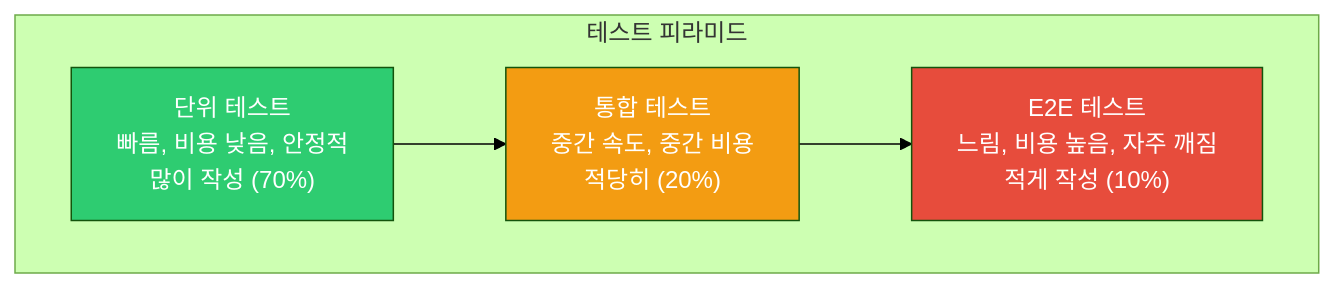
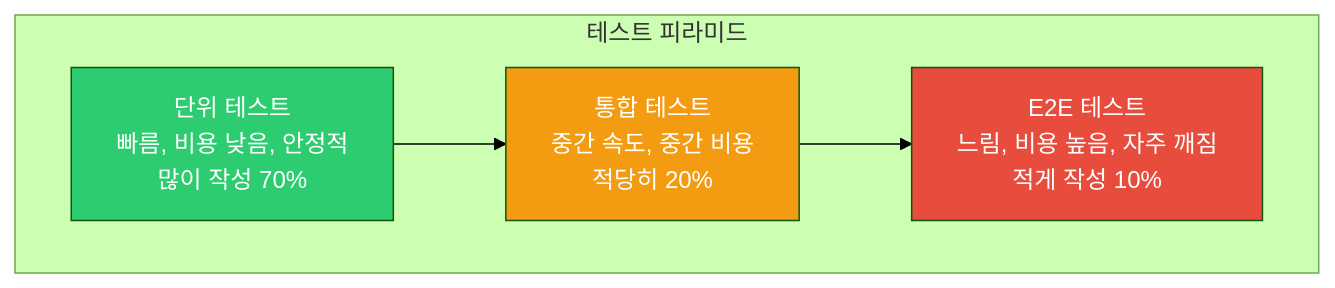
The first of 3 diagrams in _posts/frontend/2026-05-02-frontend-testing.md (yjkim2015/yjkim2015.github.io), drawn with Mermaid (forest theme) before and after one commit. The commit also changed other lines of this file and 122 other files, not shown here.

````diff
--- a/_posts/frontend/2026-05-02-frontend-testing.md
+++ b/_posts/frontend/2026-05-02-frontend-testing.md
@@ -24,21 +26,15 @@
 ```mermaid
 graph TD
     subgraph "테스트 피라미드"
-        E2E["E2E 테스트
-        느림, 비용 높음, 자주 깨짐
-        적게 작성 (10%)"]
-        INT["통합 테스트
-        중간 속도, 중간 비용
-        적당히 (20%)"]
-        UNIT["단위 테스트
-        빠름, 비용 낮음, 안정적
-        많이 작성 (70%)"]
+        E2E["E2E 테스트<br>느림, 비용 높음, 자주 깨짐<br>적게 작성 10%"]
+        INT["통합 테스트<br>중간 속도, 중간 비용<br>적당히 20%"]
+        UNIT["단위 테스트<br>빠름, 비용 낮음, 안정적<br>많이 작성 70%"]
     end
 
     UNIT --> INT
     INT --> E2E
 
     style E2E fill:#e74c3c,color:#fff
     style INT fill:#f39c12,color:#fff
     style UNIT fill:#2ecc71,color:#fff
 ```
````
